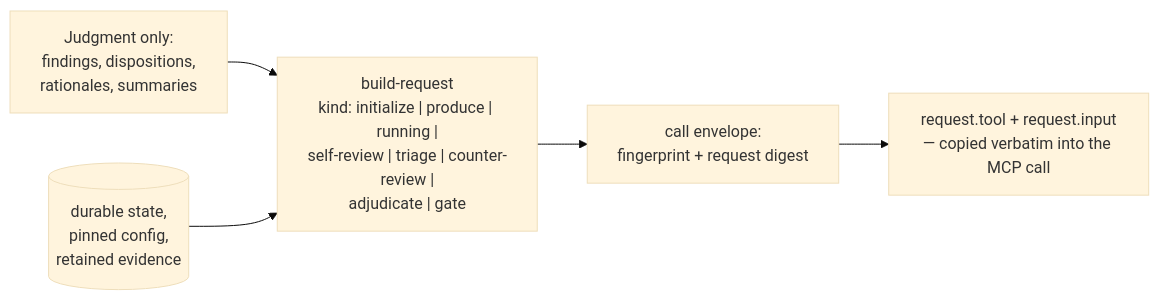
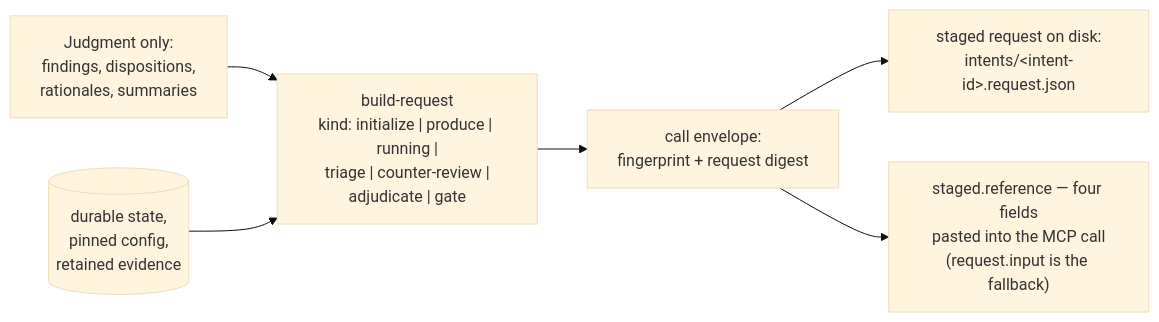
One commit to Aroton/ArchflowV2 changed the diagram in docs/cli/COMMANDS.md. Above: the diagram before and after it, drawn with Mermaid (base theme). The commit also changed other lines of this file and 172 other files, not shown here.

First line of the commit message:
Simplify the review loop: sub-agent self-review, editorial dispositions, staged requests

````diff
--- a/docs/cli/COMMANDS.md
+++ b/docs/cli/COMMANDS.md
@@ -67,7 +68,8 @@
 ```mermaid
 flowchart LR
-    J["Judgment only:<br/>findings, dispositions,<br/>rationales, summaries"] --> BR["build-request<br/>kind: initialize | produce | running |<br/>self-review | triage | counter-review |<br/>adjudicate | gate"]
+    J["Judgment only:<br/>findings, dispositions,<br/>rationales, summaries"] --> BR["build-request<br/>kind: initialize | produce | running |<br/>triage | counter-review |<br/>adjudicate | gate"]
     DS[("durable state,<br/>pinned config,<br/>retained evidence")] --> BR
     BR --> ENV["call envelope:<br/>fingerprint + request digest"]
-    ENV --> OUT["request.tool + request.input<br/>— copied verbatim into the MCP call"]
+    ENV --> STG["staged request on disk:<br/>intents/&lt;intent-id&gt;.request.json"]
+    ENV --> OUT["staged.reference — four fields<br/>pasted into the MCP call<br/>(request.input is the fallback)"]
 ```
````
